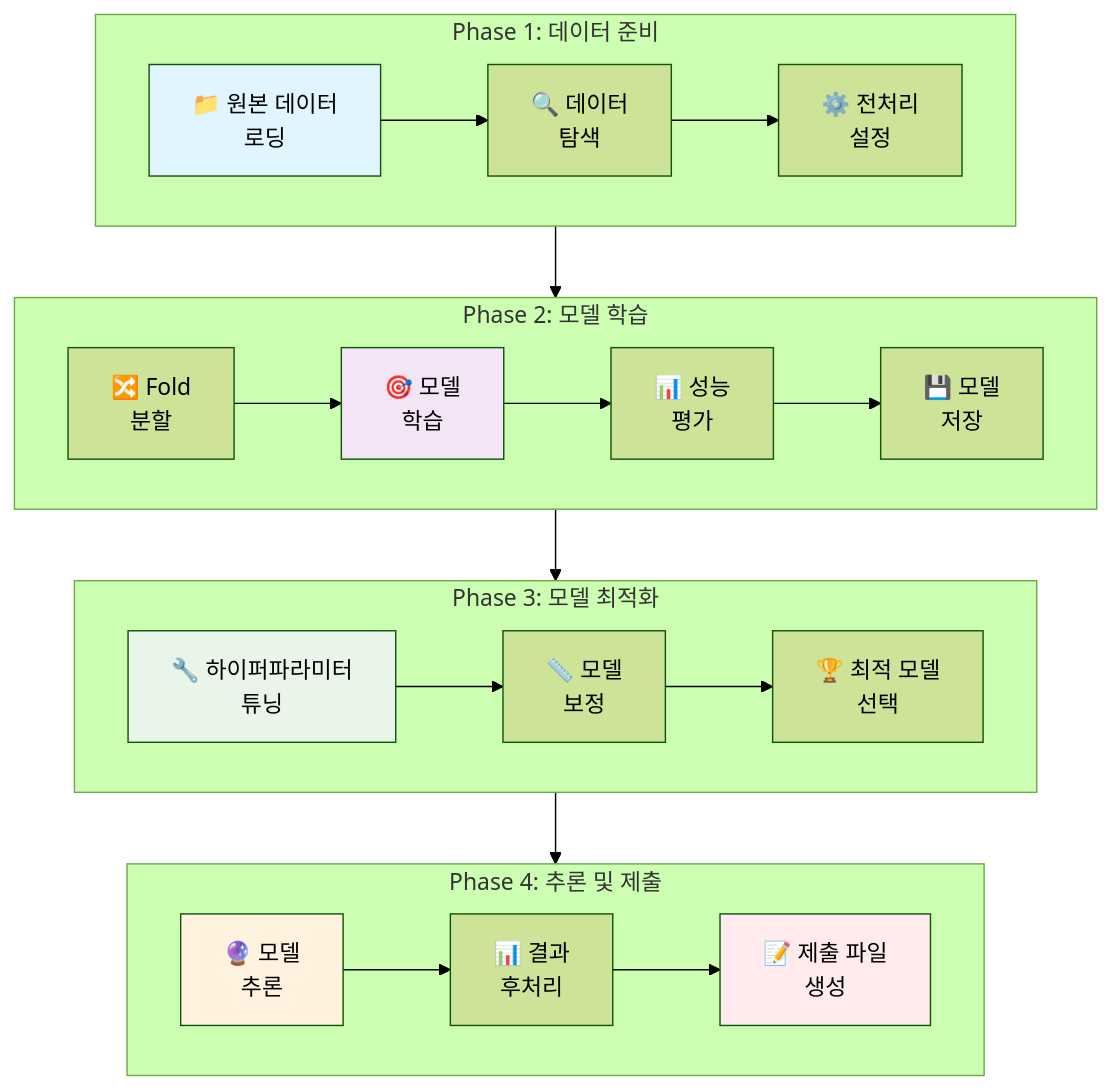
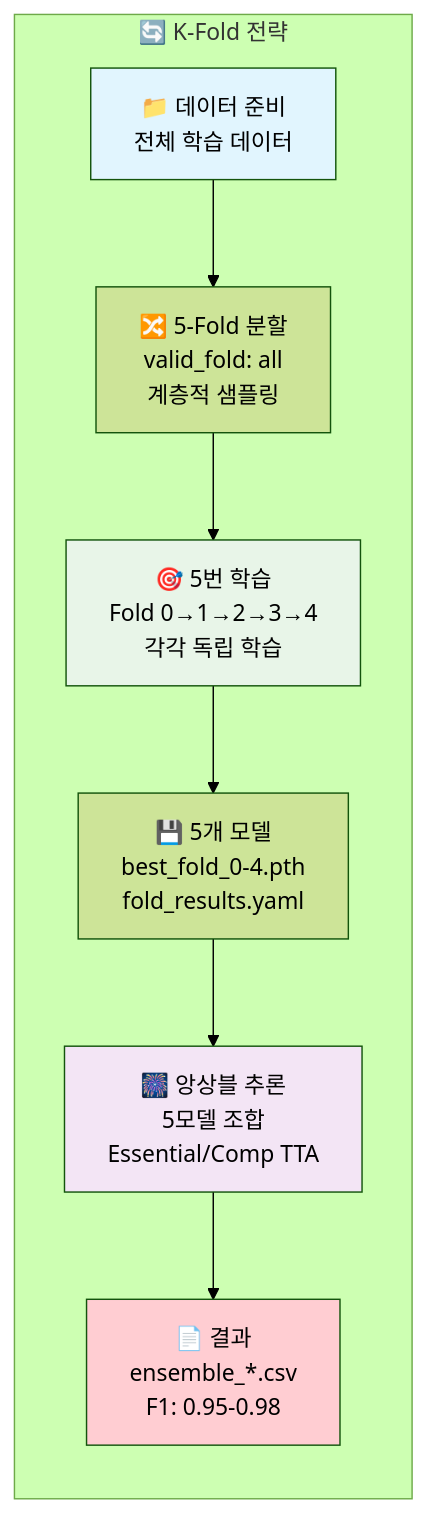
The third of 6 diagrams in docs/파이프라인/전체_파이프라인_가이드.md (nimnusmik/CV_documents_classification_competition), drawn with Mermaid (forest theme) before and after one commit. The commit also changed other lines of this file and 3 other files, not shown here.

````diff
--- a/docs/파이프라인/전체_파이프라인_가이드.md
+++ b/docs/파이프라인/전체_파이프라인_가이드.md
@@ -60,46 +104,18 @@
 ```mermaid
-flowchart TD
-    subgraph Phase1 ["Phase 1: 데이터 준비"]
-        direction LR
-        A1["📁 원본 데이터<br/>로딩"]
-        A2["🔍 데이터<br/>탐색"]
-        A3["⚙️ 전처리<br/>설정"]
-        A1 --> A2 --> A3
+flowchart LR
+    subgraph KFOLD["🔄 K-Fold 전략"]
+        A2["📁 데이터 준비<br/>전체 학습 데이터"]
+        B2["🔀 5-Fold 분할<br/>valid_fold: all<br/>계층적 샘플링"]
+        C2["🎯 5번 학습<br/>Fold 0→1→2→3→4<br/>각각 독립 학습"]
+        D2["💾 5개 모델<br/>best_fold_0-4.pth<br/>fold_results.yaml"]
+        E2["🎆 앙상블 추론<br/>5모델 조합<br/>Essential/Comp TTA"]
+        F2["📄 결과<br/>ensemble_*.csv<br/>F1: 0.95-0.98"]
+        
+        A2 --> B2 --> C2 --> D2 --> E2 --> F2
     end
     
-    subgraph Phase2 ["Phase 2: 모델 학습"]
-        direction LR
-        B1["🔀 Fold<br/>분할"]
-        B2["🎯 모델<br/>학습"]
-        B3["📊 성능<br/>평가"]
-        B4["💾 모델<br/>저장"]
-        B1 --> B2 --> B3 --> B4
-    end
-    
-    subgraph Phase3 ["Phase 3: 모델 최적화"]
-        direction LR
-        C1["🔧 하이퍼파라미터<br/>튜닝"]
-        C2["📏 모델<br/>보정"]
-        C3["🏆 최적 모델<br/>선택"]
-        C1 --> C2 --> C3
-    end
-    
-    subgraph Phase4 ["Phase 4: 추론 및 제출"]
-        direction LR
-        D1["🔮 모델<br/>추론"]
-        D2["📊 결과<br/>후처리"]
-        D3["📝 제출 파일<br/>생성"]
-        D1 --> D2 --> D3
-    end
-    
-    %% 서브그래프 간 세로 연결
-    Phase1 --> Phase2
-    Phase2 --> Phase3
-    Phase3 --> Phase4
-    
-    style A1 fill:#e1f5fe, color:#000000
-    style B2 fill:#f3e5f5, color:#000000
-    style C1 fill:#e8f5e8, color:#000000
-    style D1 fill:#fff3e0, color:#000000
-    style D3 fill:#ffebee, color:#000000
+    style A2 fill:#e1f5fe, color:#000000
+    style C2 fill:#e8f5e8, color:#000000
+    style E2 fill:#f3e5f5, color:#000000
+    style F2 fill:#ffcdd2, color:#000000
 ```
````
